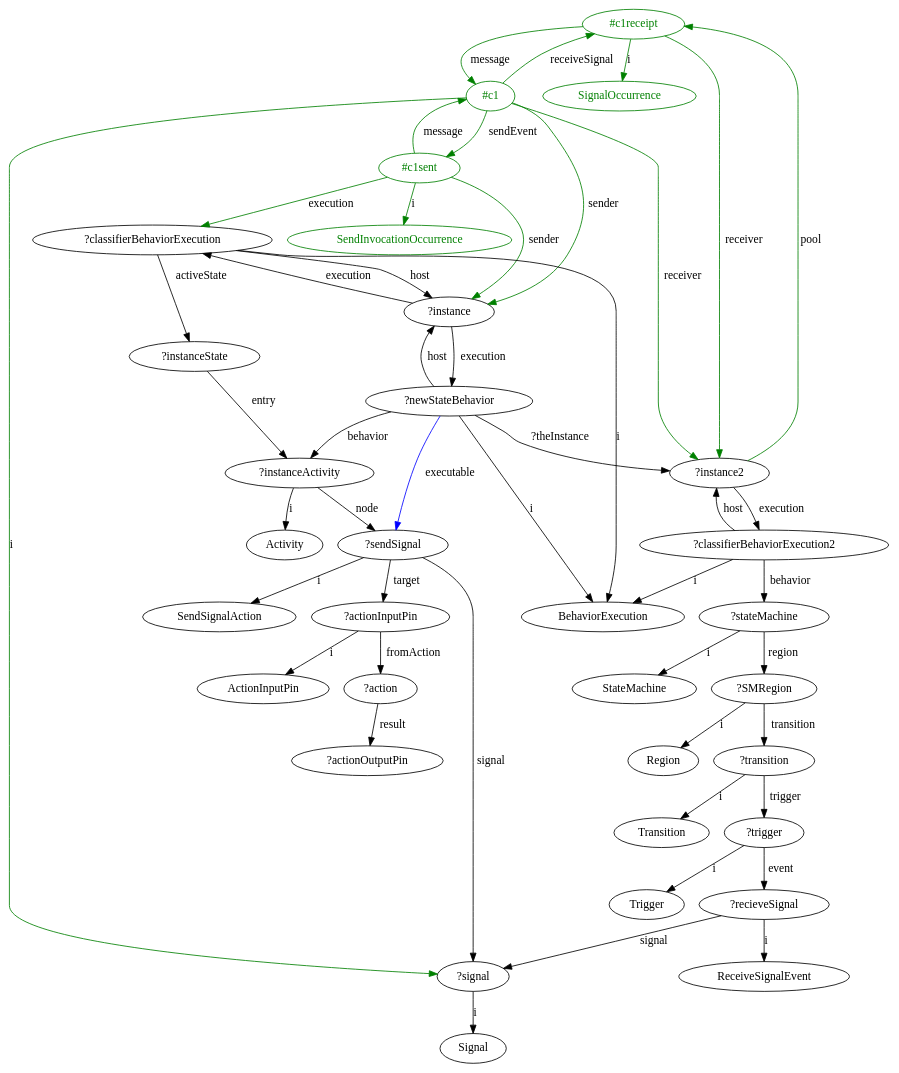
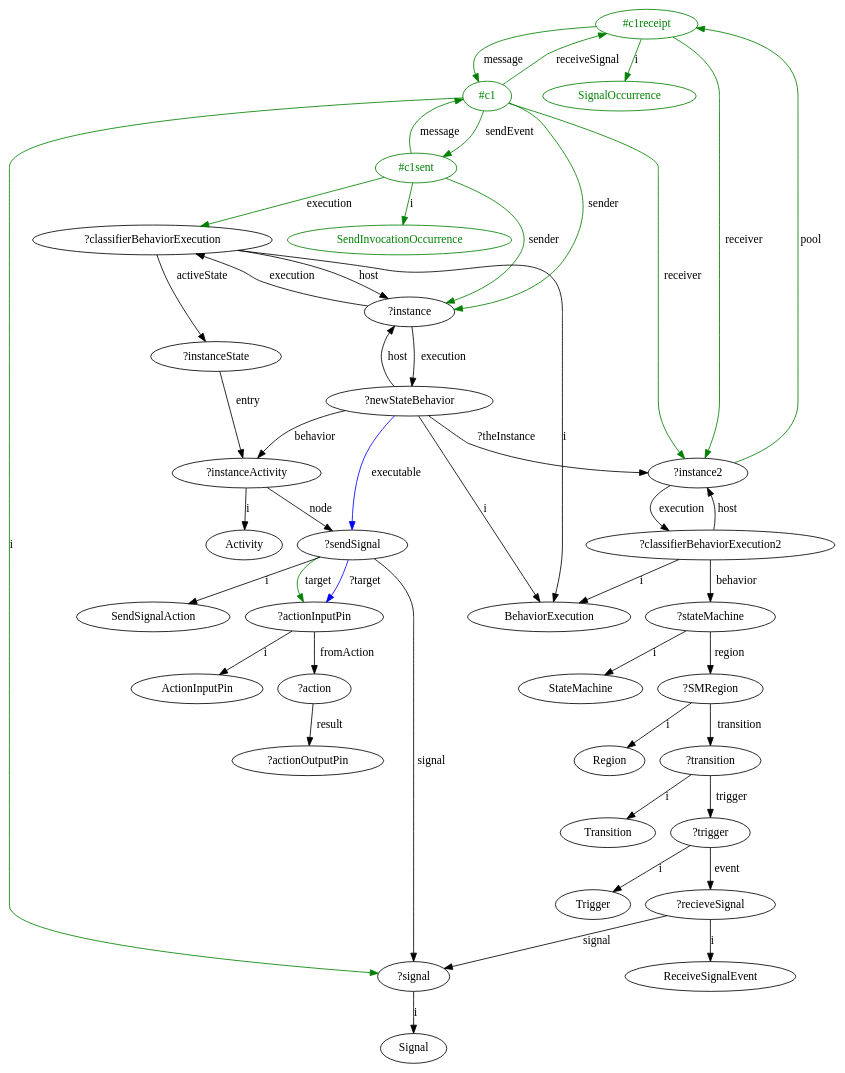
Before and after one commit to luisneiva/graf-framework: the diagram in GraphOutputs/sendSignalAction.dot, drawn with Graphviz. The commit also changed 24 other files, not shown here.

```diff
--- a/GraphOutputs/sendSignalAction.dot
+++ b/GraphOutputs/sendSignalAction.dot
@@ -1,68 +1,69 @@
 digraph sendSignalAction {
 	"#c1receipt" -> "#c1" [label="message", color="green"]
 	"#c1receipt" [color="green", fontcolor="green"]
 	"#c1" [color="green", fontcolor="green"]
 	"#c1" -> "#c1receipt" [label="receiveSignal", color="green"]
 	"#c1" [color="green", fontcolor="green"]
 	"#c1receipt" [color="green", fontcolor="green"]
 	"#c1" -> "#c1sent" [label="sendEvent", color="green"]
 	"#c1" [color="green", fontcolor="green"]
 	"#c1sent" [color="green", fontcolor="green"]
 	"#c1sent" -> "#c1" [label="message", color="green"]
 	"#c1sent" [color="green", fontcolor="green"]
 	"#c1" [color="green", fontcolor="green"]
 	"#c1receipt" -> "SignalOccurrence" [label="i", color="green"]
 	"#c1receipt" [color="green", fontcolor="green"]
 	"SignalOccurrence" [color="green", fontcolor="green"]
 	"#c1sent" -> "SendInvocationOccurrence" [label="i", color="green"]
 	"#c1sent" [color="green", fontcolor="green"]
 	"SendInvocationOccurrence" [color="green", fontcolor="green"]
 	"?instance" -> "?newStateBehavior" [label="execution"]
 	"?newStateBehavior" -> "?instance" [label="host"]
 	"?classifierBehaviorExecution" -> "?instance" [label="host"]
 	"?instance" -> "?classifierBehaviorExecution" [label="execution"]
 	"?classifierBehaviorExecution" -> "BehaviorExecution" [label="i"]
 	"?newStateBehavior" -> "BehaviorExecution" [label="i"]
 	"?classifierBehaviorExecution2" -> "BehaviorExecution" [label="i"]
 	"?classifierBehaviorExecution2" -> "?instance2" [label="host"]
 	"?instance2" -> "?classifierBehaviorExecution2" [label="execution"]
 	"?classifierBehaviorExecution2" -> "?stateMachine" [label="behavior"]
 	"?stateMachine" -> "StateMachine" [label="i"]
 	"?SMRegion" -> "Region" [label="i"]
 	"?transition" -> "Transition" [label="i"]
 	"?trigger" -> "Trigger" [label="i"]
 	"?recieveSignal" -> "ReceiveSignalEvent" [label="i"]
 	"?stateMachine" -> "?SMRegion" [label="region"]
 	"?SMRegion" -> "?transition" [label="transition"]
 	"?transition" -> "?trigger" [label="trigger"]
 	"?trigger" -> "?recieveSignal" [label="event"]
 	"?recieveSignal" -> "?signal" [label="signal"]
 	"?signal" -> "Signal" [label="i"]
 	"?actionInputPin" -> "ActionInputPin" [label="i"]
 	"?actionInputPin" -> "?action" [label="fromAction"]
 	"?action" -> "?actionOutputPin" [label="result"]
-	"?sendSignal" -> "?actionInputPin" [label="target"]
+	"?sendSignal" -> "?actionInputPin" [label="target", color="green"]
 	"?sendSignal" -> "SendSignalAction" [label="i"]
 	"?instanceActivity" -> "Activity" [label="i"]
 	"?instanceState" -> "?instanceActivity" [label="entry"]
 	"?newStateBehavior" -> "?instanceActivity" [label="behavior"]
 	"?classifierBehaviorExecution" -> "?instanceState" [label="activeState"]
 	"?instanceActivity" -> "?sendSignal" [label="node"]
 	"?sendSignal" -> "?signal" [label="signal"]
 	"?newStateBehavior" -> "?instance2" [label="?theInstance"]
 	"#c1" -> "?instance2" [label="receiver", color="green"]
 	"#c1" [color="green", fontcolor="green"]
 	"#c1sent" -> "?classifierBehaviorExecution" [label="execution", color="green"]
 	"#c1sent" [color="green", fontcolor="green"]
 	"#c1sent" -> "?instance" [label="sender", color="green"]
 	"#c1sent" [color="green", fontcolor="green"]
 	"?instance2" -> "#c1receipt" [label="pool", color="green"]
 	"#c1receipt" [color="green", fontcolor="green"]
 	"#c1receipt" -> "?instance2" [label="receiver", color="green"]
 	"#c1receipt" [color="green", fontcolor="green"]
 	"#c1" -> "?signal" [label="i", color="green"]
 	"#c1" [color="green", fontcolor="green"]
 	"#c1" -> "?instance" [label="sender", color="green"]
 	"#c1" [color="green", fontcolor="green"]
+	"?sendSignal" -> "?actionInputPin" [label="?target", color="blue"]
 	"?newStateBehavior" -> "?sendSignal" [label="executable", color="blue"]
 }
```
